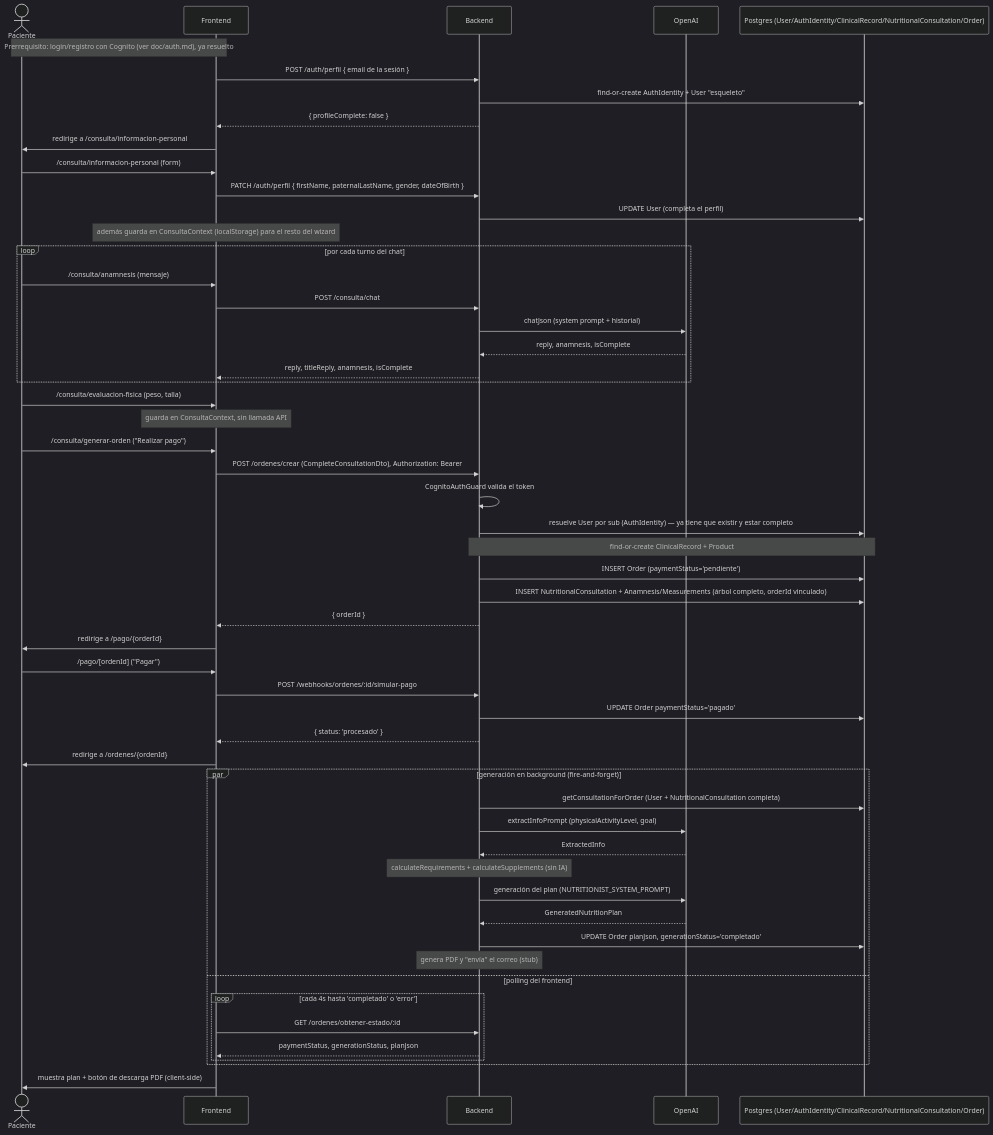
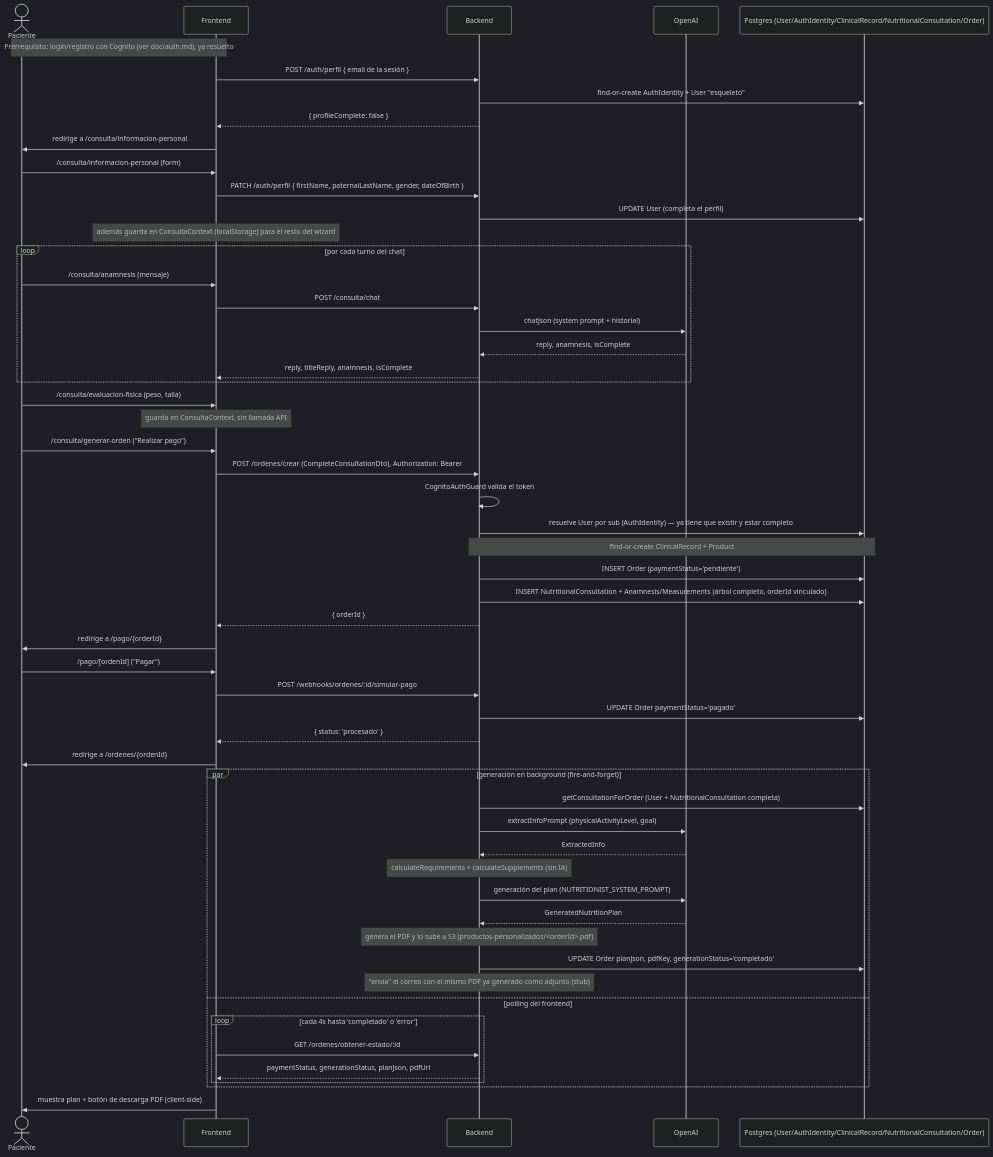
Before and after one commit to alvarocberna/fitplan-back: the diagram in doc/flow-happy-path.md, drawn with Mermaid (dark theme). The commit also changed other lines of this file and 27 other files, not shown here.

First line of the commit message:
refactor(pdfs): plan nutricional pdf además de enviarse por correo, ahora se almacena en un bucket de aws.

````diff
--- a/doc/flow-happy-path.md
+++ b/doc/flow-happy-path.md
@@ -36,64 +36,65 @@
 ```mermaid
 sequenceDiagram
     actor Paciente
     participant FE as Frontend
     participant BE as Backend
     participant AI as OpenAI
     participant DB as Postgres (User/AuthIdentity/ClinicalRecord/NutritionalConsultation/Order)
 
     Note over Paciente,FE: Prerrequisito: login/registro con Cognito (ver doc/auth.md), ya resuelto
     FE->>BE: POST /auth/perfil { email de la sesión }
     BE->>DB: find-or-create AuthIdentity + User "esqueleto"
     BE-->>FE: { profileComplete: false }
     FE->>Paciente: redirige a /consulta/informacion-personal
 
     Paciente->>FE: /consulta/informacion-personal (form)
     FE->>BE: PATCH /auth/perfil { firstName, paternalLastName, gender, dateOfBirth }
     BE->>DB: UPDATE User (completa el perfil)
     Note over FE: además guarda en ConsultaContext (localStorage) para el resto del wizard
 
     loop por cada turno del chat
         Paciente->>FE: /consulta/anamnesis (mensaje)
         FE->>BE: POST /consulta/chat
         BE->>AI: chatJson (system prompt + historial)
         AI-->>BE: reply, anamnesis, isComplete
         BE-->>FE: reply, titleReply, anamnesis, isComplete
     end
 
     Paciente->>FE: /consulta/evaluacion-fisica (peso, talla)
     Note over FE: guarda en ConsultaContext, sin llamada API
 
     Paciente->>FE: /consulta/generar-orden ("Realizar pago")
     FE->>BE: POST /ordenes/crear (CompleteConsultationDto), Authorization: Bearer
     BE->>BE: CognitoAuthGuard valida el token
     BE->>DB: resuelve User por sub (AuthIdentity) — ya tiene que existir y estar completo
     Note over BE,DB: find-or-create ClinicalRecord + Product
     BE->>DB: INSERT Order (paymentStatus='pendiente')
     BE->>DB: INSERT NutritionalConsultation + Anamnesis/Measurements (árbol completo, orderId vinculado)
     BE-->>FE: { orderId }
     FE->>Paciente: redirige a /pago/{orderId}
 
     Paciente->>FE: /pago/[ordenId] ("Pagar")
     FE->>BE: POST /webhooks/ordenes/:id/simular-pago
     BE->>DB: UPDATE Order paymentStatus='pagado'
     BE-->>FE: { status: 'procesado' }
     FE->>Paciente: redirige a /ordenes/{ordenId}
 
     par generación en background (fire-and-forget)
         BE->>DB: getConsultationForOrder (User + NutritionalConsultation completa)
         BE->>AI: extractInfoPrompt (physicalActivityLevel, goal)
         AI-->>BE: ExtractedInfo
         Note over BE: calculateRequirements + calculateSupplements (sin IA)
         BE->>AI: generación del plan (NUTRITIONIST_SYSTEM_PROMPT)
         AI-->>BE: GeneratedNutritionPlan
-        BE->>DB: UPDATE Order planJson, generationStatus='completado'
-        Note over BE: genera PDF y "envía" el correo (stub)
+        Note over BE: genera el PDF y lo sube a S3 (productos-personalizados/<orderId>.pdf)
+        BE->>DB: UPDATE Order planJson, pdfKey, generationStatus='completado'
+        Note over BE: "envía" el correo con el mismo PDF ya generado como adjunto (stub)
     and polling del frontend
         loop cada 4s hasta 'completado' o 'error'
             FE->>BE: GET /ordenes/obtener-estado/:id
-            BE-->>FE: paymentStatus, generationStatus, planJson
+            BE-->>FE: paymentStatus, generationStatus, planJson, pdfUrl
         end
     end
 
     FE->>Paciente: muestra plan + botón de descarga PDF (client-side)
 ```
````
